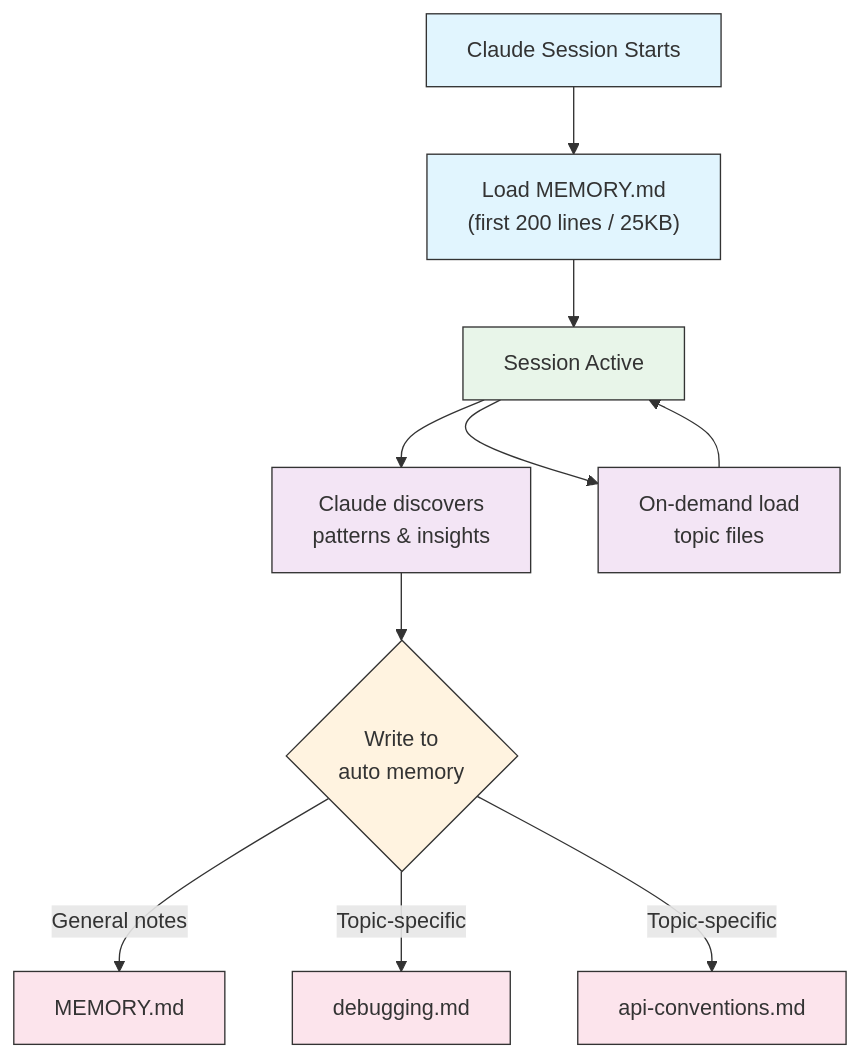
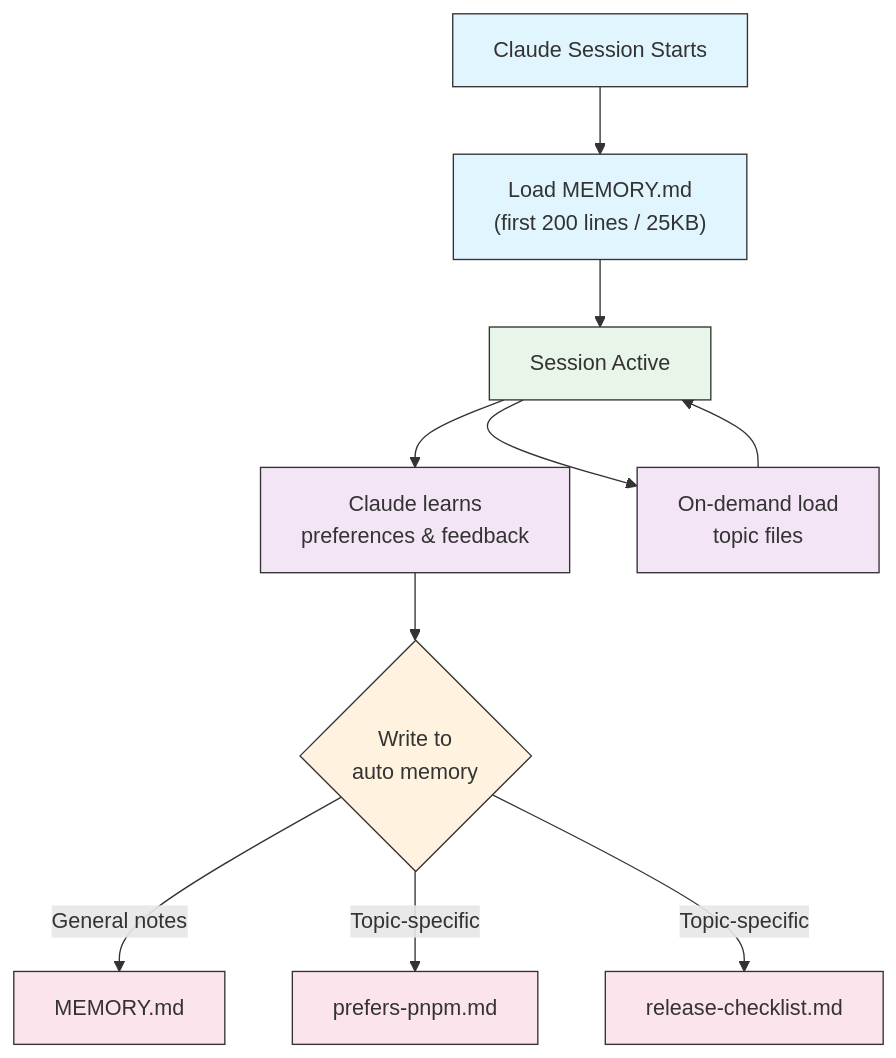
One commit to ChHsiching/claude-howto-web changed the fourth of 5 diagrams in docs/ja/02-memory/index.md. Above: the diagram before and after it, drawn with Mermaid. The commit also changed other lines of this file and 27 other files, not shown here.

````diff
--- a/docs/ja/02-memory/index.md
+++ b/docs/ja/02-memory/index.md
@@ -468,22 +470,22 @@
 ```mermaid
 graph TD
     A["Claude Session Starts"] --> B["Load MEMORY.md<br/>(first 200 lines / 25KB)"]
     B --> C["Session Active"]
-    C --> D["Claude discovers<br/>patterns & insights"]
+    C --> D["Claude learns<br/>preferences & feedback"]
     D --> E{"Write to<br/>auto memory"}
     E -->|General notes| F["MEMORY.md"]
-    E -->|Topic-specific| G["debugging.md"]
-    E -->|Topic-specific| H["api-conventions.md"]
+    E -->|Topic-specific| G["prefers-pnpm.md"]
+    E -->|Topic-specific| H["release-checklist.md"]
     C --> I["On-demand load<br/>topic files"]
     I --> C
 
     style A fill:#e1f5fe,stroke:#333,color:#333
     style B fill:#e1f5fe,stroke:#333,color:#333
     style C fill:#e8f5e9,stroke:#333,color:#333
     style D fill:#f3e5f5,stroke:#333,color:#333
     style E fill:#fff3e0,stroke:#333,color:#333
     style F fill:#fce4ec,stroke:#333,color:#333
     style G fill:#fce4ec,stroke:#333,color:#333
     style H fill:#fce4ec,stroke:#333,color:#333
     style I fill:#f3e5f5,stroke:#333,color:#333
 ```
````
